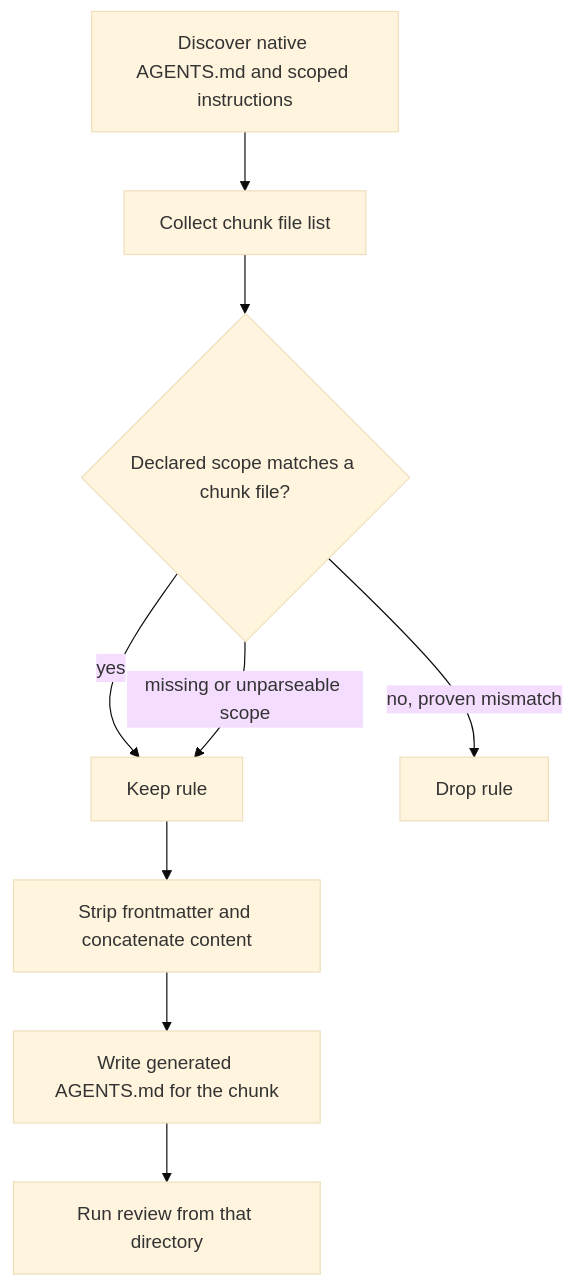
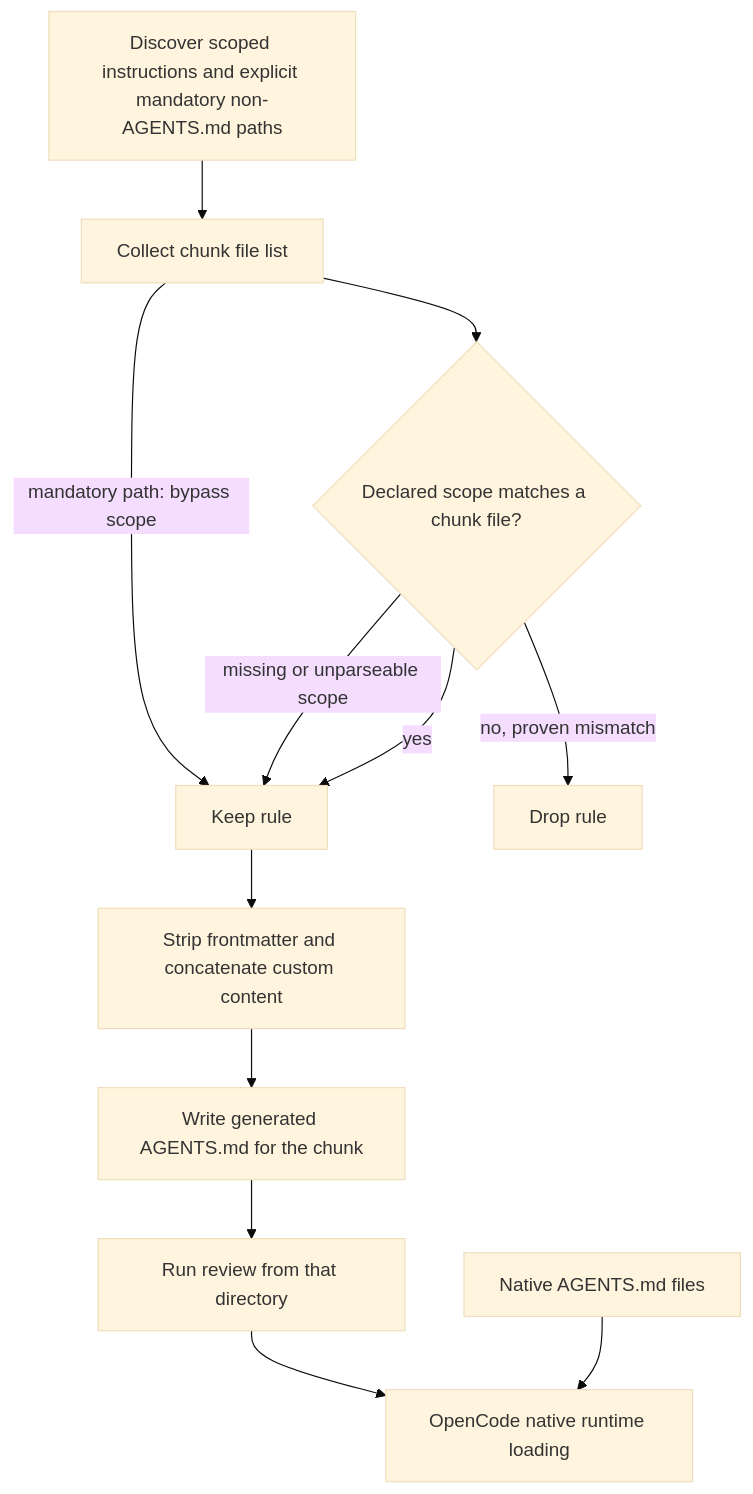
The second of 2 diagrams in docs/hlds/002-context-and-toolchain/diagrams/c4-context.md (generic-automation-and-it/smooth-ai-report-review), drawn with Mermaid (base theme) before and after one commit. The commit also changed other lines of this file and 17 other files, not shown here.

````diff
--- a/docs/hlds/002-context-and-toolchain/diagrams/c4-context.md
+++ b/docs/hlds/002-context-and-toolchain/diagrams/c4-context.md
@@ -31,11 +32,14 @@
 ```mermaid
 flowchart TD
-    A[Discover native AGENTS.md and scoped instructions] --> B[Collect chunk file list]
+    N[Native AGENTS.md files] --> O[OpenCode native runtime loading]
+    A[Discover scoped instructions and explicit mandatory non-AGENTS.md paths] --> B[Collect chunk file list]
     B --> C{Declared scope matches a chunk file?}
     C -->|yes| K[Keep rule]
     C -->|no, proven mismatch| D[Drop rule]
     C -->|missing or unparseable scope| K
-    K --> E[Strip frontmatter and concatenate content]
+    B -->|mandatory path: bypass scope| K
+    K --> E[Strip frontmatter and concatenate custom content]
     E --> F[Write generated AGENTS.md for the chunk]
     F --> G[Run review from that directory]
+    G --> O
 ```
````
